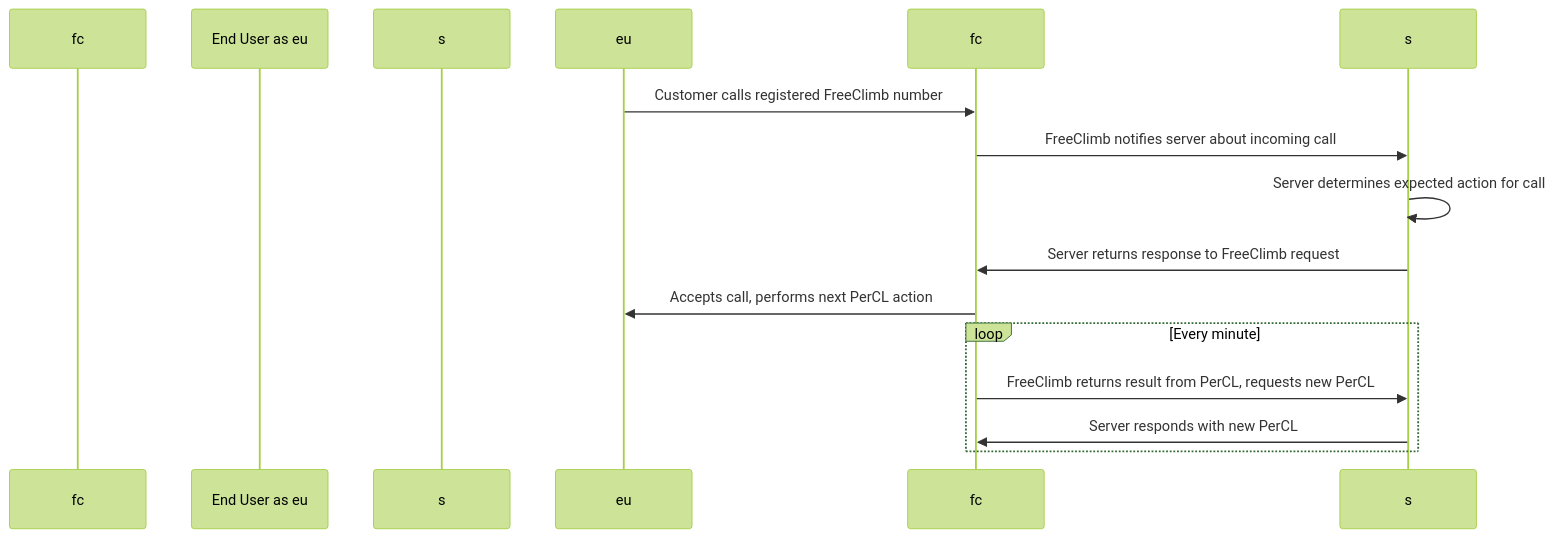
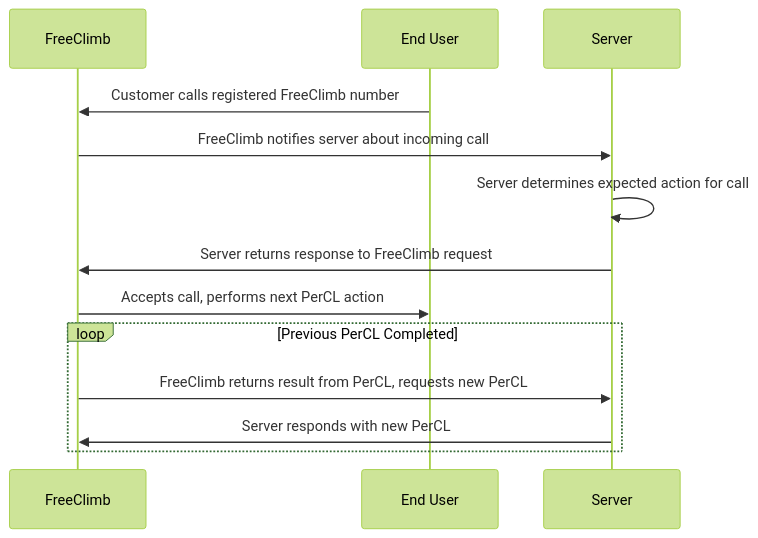
Before and after one commit to hgoscenski/apidays-example: the diagram in README.md, drawn with Mermaid (forest theme). The commit also changed 2 other files, not shown here.

Commit message:
Adjusting demo

````diff
--- a/README.md
+++ b/README.md
@@ -17,15 +17,15 @@
 ```mermaid
 sequenceDiagram
-    participant FreeClimb as fc
-    participant End User as eu
-    participant Server as s
+    participant fc as FreeClimb
+    participant eu as End User
+    participant s as Server
     eu ->> fc: Customer calls registered FreeClimb number
     fc ->> s: FreeClimb notifies server about incoming call
     s ->> s: Server determines expected action for call
     s ->> fc: Server returns response to FreeClimb request
     fc ->> eu: Accepts call, performs next PerCL action
-    loop Every minute
+    loop Previous PerCL Completed
     fc ->> s: FreeClimb returns result from PerCL, requests new PerCL
     s ->> fc: Server responds with new PerCL
     end
 ```
````
